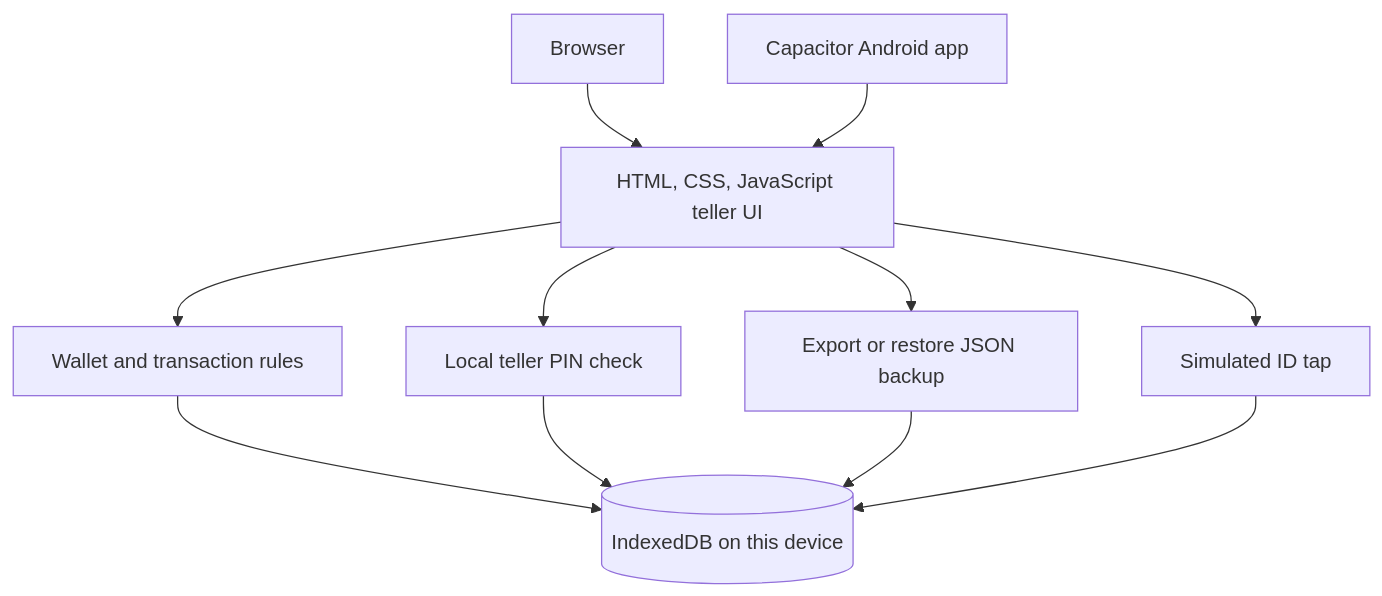
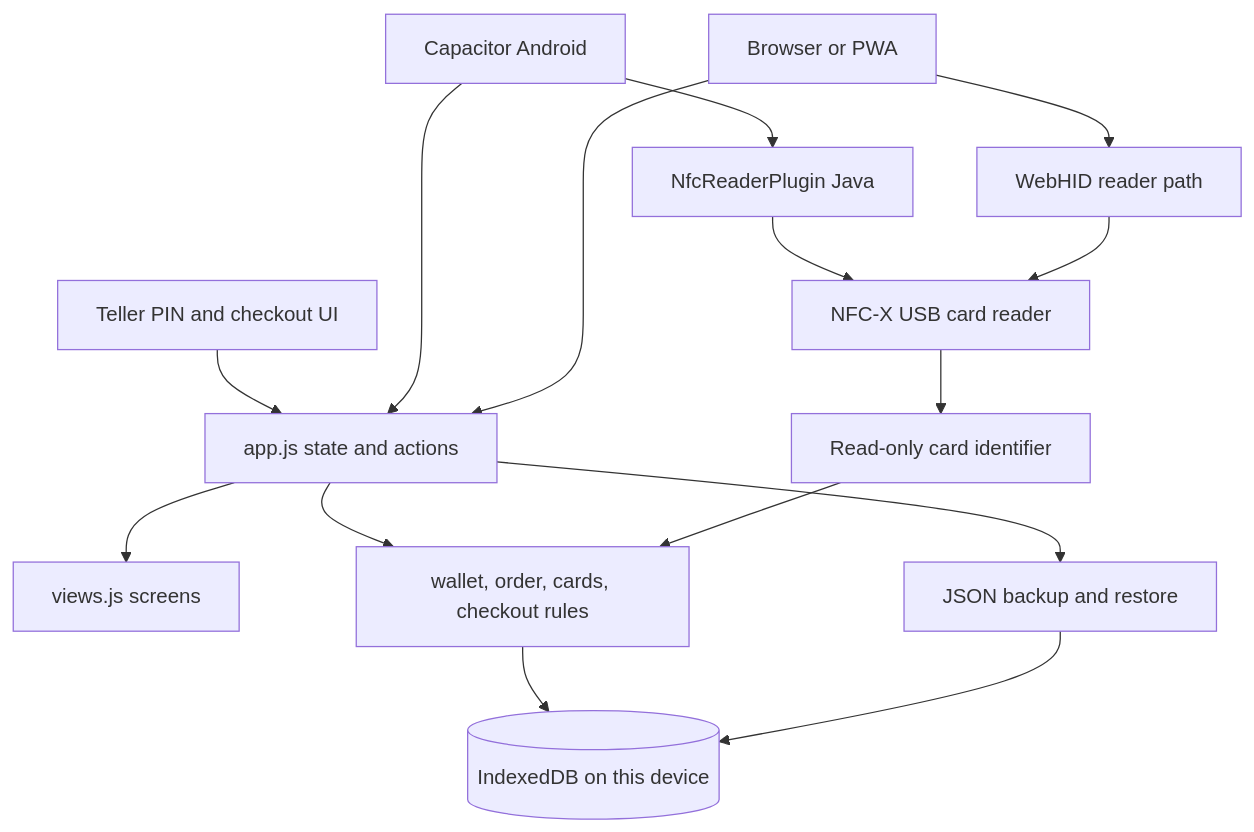
One commit to Ramyl-Salazar/PATTS-POS changed the diagram in docs/architecture.md. Above: the diagram before and after it, drawn with Mermaid. The commit also changed other lines of this file and 73 other files, not shown here.

````diff
--- a/docs/architecture.md
+++ b/docs/architecture.md
@@ -19,13 +3,17 @@
 ```mermaid
 flowchart TB
-  UI[HTML, CSS, JavaScript teller UI] --> LOGIC[Wallet and transaction rules]
-  LOGIC --> DB[(IndexedDB on this device)]
-  UI --> PIN[Local teller PIN check]
-  PIN --> DB
-  UI --> BACKUP[Export or restore JSON backup]
-  BACKUP --> DB
-  UI --> SIM[Simulated ID tap]
-  SIM --> DB
-  WEB[Browser] --> UI
-  APK[Capacitor Android app] --> UI
+  Teller[Teller PIN and checkout UI] --> App[app.js state and actions]
+  App --> Views[views.js screens]
+  App --> Rules[wallet, order, cards, checkout rules]
+  Rules --> DB[(IndexedDB on this device)]
+  App --> Backup[JSON backup and restore]
+  Backup --> DB
+  Android[Capacitor Android] --> App
+  Browser[Browser or PWA] --> App
+  Android --> Native[NfcReaderPlugin Java]
+  Browser --> HID[WebHID reader path]
+  Native --> Reader[NFC-X USB card reader]
+  HID --> Reader
+  Reader --> Cards[Read-only card identifier]
+  Cards --> Rules
 ```
````
